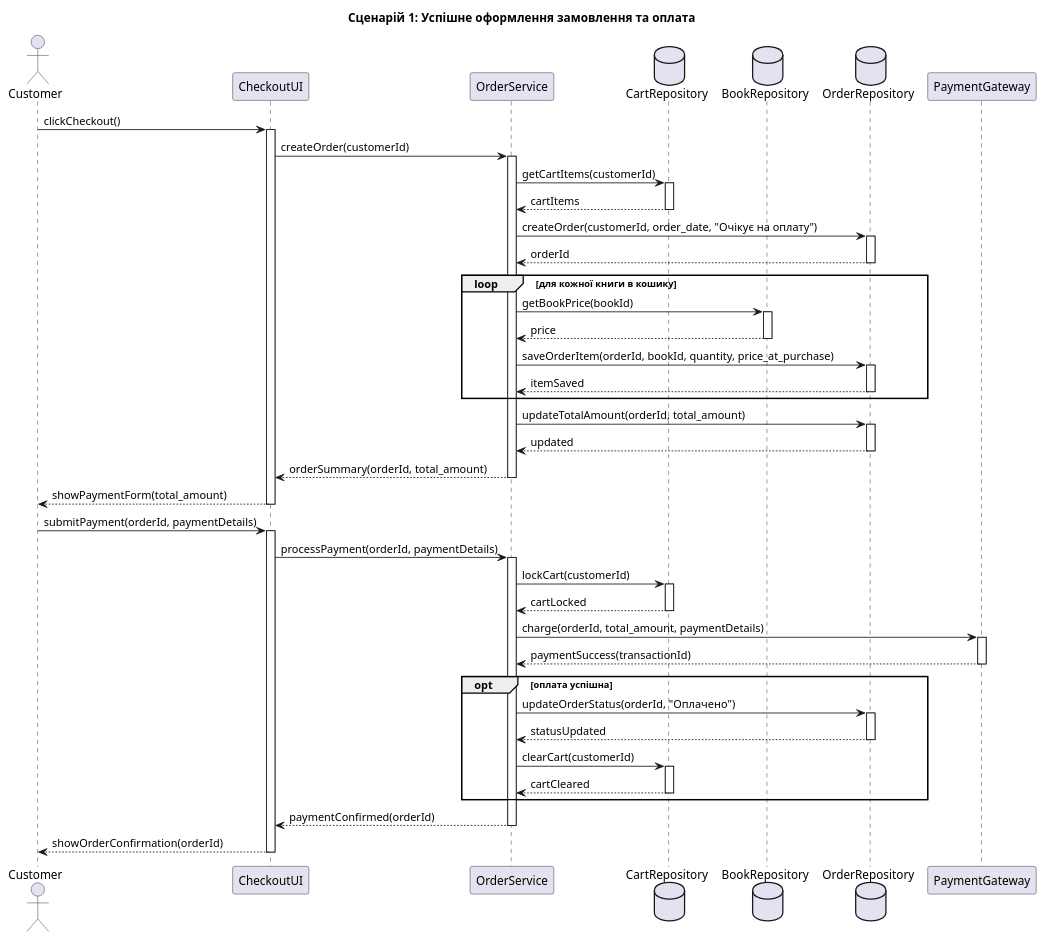
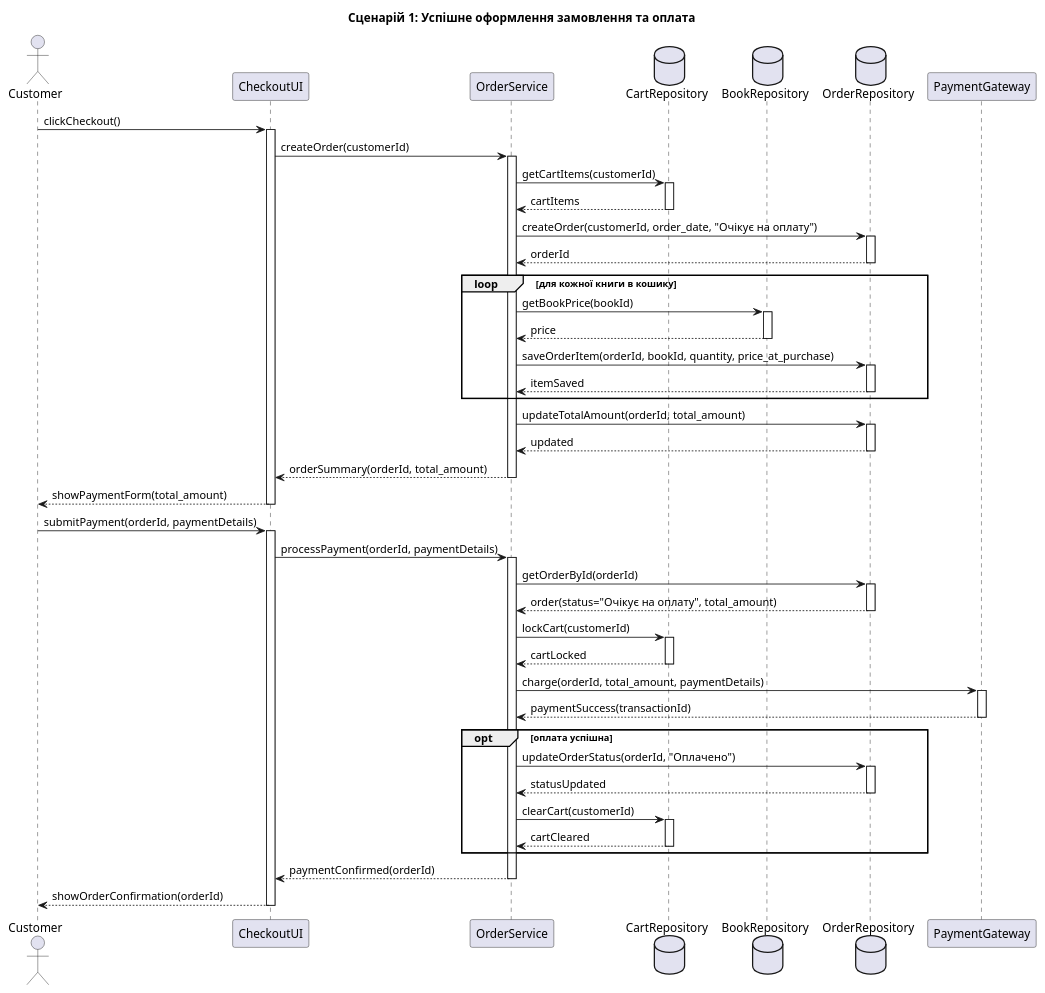
One commit to thefvl1s/KPI changed the diagram in LAB3/scenario1_success.puml. Above: the diagram before and after it, drawn with PlantUML. The commit also changed 1 other file, not shown here.

Commit message:
add stateless getOrderById() call before payment in scenario 1

```diff
--- a/LAB3/scenario1_success.puml
+++ b/LAB3/scenario1_success.puml
@@ -1,84 +1,89 @@
 @startuml
 title Сценарій 1: Успішне оформлення замовлення та оплата
 
 actor Customer
 participant CheckoutUI
 participant OrderService
 database CartRepository
 database BookRepository
 database OrderRepository
 participant PaymentGateway
 
 Customer -> CheckoutUI: clickCheckout()
 activate CheckoutUI
 
 CheckoutUI -> OrderService: createOrder(customerId)
 activate OrderService
 
 OrderService -> CartRepository: getCartItems(customerId)
 activate CartRepository
 CartRepository --> OrderService: cartItems
 deactivate CartRepository
 
 OrderService -> OrderRepository: createOrder(customerId, order_date, "Очікує на оплату")
 activate OrderRepository
 OrderRepository --> OrderService: orderId
 deactivate OrderRepository
 
 loop для кожної книги в кошику
   OrderService -> BookRepository: getBookPrice(bookId)
   activate BookRepository
   BookRepository --> OrderService: price
   deactivate BookRepository
 
   OrderService -> OrderRepository: saveOrderItem(orderId, bookId, quantity, price_at_purchase)
   activate OrderRepository
   OrderRepository --> OrderService: itemSaved
   deactivate OrderRepository
 end
 
 OrderService -> OrderRepository: updateTotalAmount(orderId, total_amount)
 activate OrderRepository
 OrderRepository --> OrderService: updated
 deactivate OrderRepository
 
 OrderService --> CheckoutUI: orderSummary(orderId, total_amount)
 deactivate OrderService
 
 CheckoutUI --> Customer: showPaymentForm(total_amount)
 deactivate CheckoutUI
 
 Customer -> CheckoutUI: submitPayment(orderId, paymentDetails)
 activate CheckoutUI
 
 CheckoutUI -> OrderService: processPayment(orderId, paymentDetails)
 activate OrderService
 
+OrderService -> OrderRepository: getOrderById(orderId)
+activate OrderRepository
+OrderRepository --> OrderService: order(status="Очікує на оплату", total_amount)
+deactivate OrderRepository
+
 OrderService -> CartRepository: lockCart(customerId)
 activate CartRepository
 CartRepository --> OrderService: cartLocked
 deactivate CartRepository
 
 OrderService -> PaymentGateway: charge(orderId, total_amount, paymentDetails)
 activate PaymentGateway
 PaymentGateway --> OrderService: paymentSuccess(transactionId)
 deactivate PaymentGateway
 
 opt оплата успішна
   OrderService -> OrderRepository: updateOrderStatus(orderId, "Оплачено")
   activate OrderRepository
   OrderRepository --> OrderService: statusUpdated
   deactivate OrderRepository
 
   OrderService -> CartRepository: clearCart(customerId)
   activate CartRepository
   CartRepository --> OrderService: cartCleared
   deactivate CartRepository
 end
 
 OrderService --> CheckoutUI: paymentConfirmed(orderId)
 deactivate OrderService
 
 CheckoutUI --> Customer: showOrderConfirmation(orderId)
 deactivate CheckoutUI
 @enduml
```
